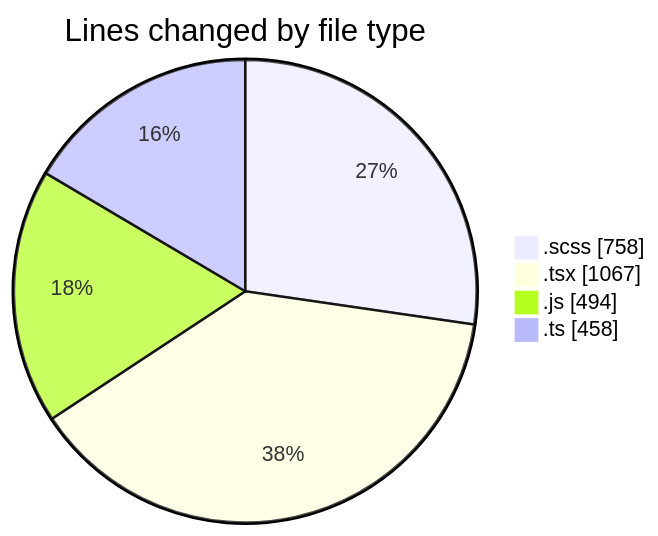
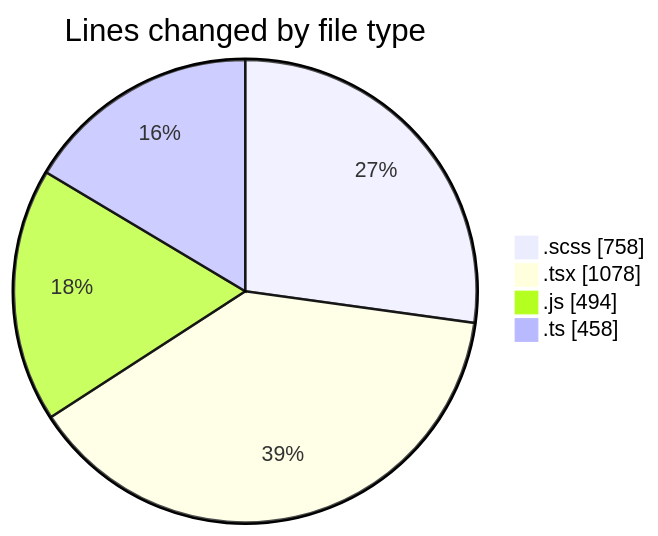
Before and after one commit to momahboobian/code-tracking: the first of 2 diagrams in 2025-03-14/cda/README.md, drawn with Mermaid. The commit also changed other lines of this file and 1 other file, not shown here.

````diff
--- a/2025-03-14/cda/README.md
+++ b/2025-03-14/cda/README.md
@@ -34,8 +34,8 @@
 ```mermaid
 pie showData
 title Lines changed by file type
 ".scss" : 758
-".tsx" : 1067
+".tsx" : 1078
 ".js" : 494
 ".ts" : 458
 ```
````
